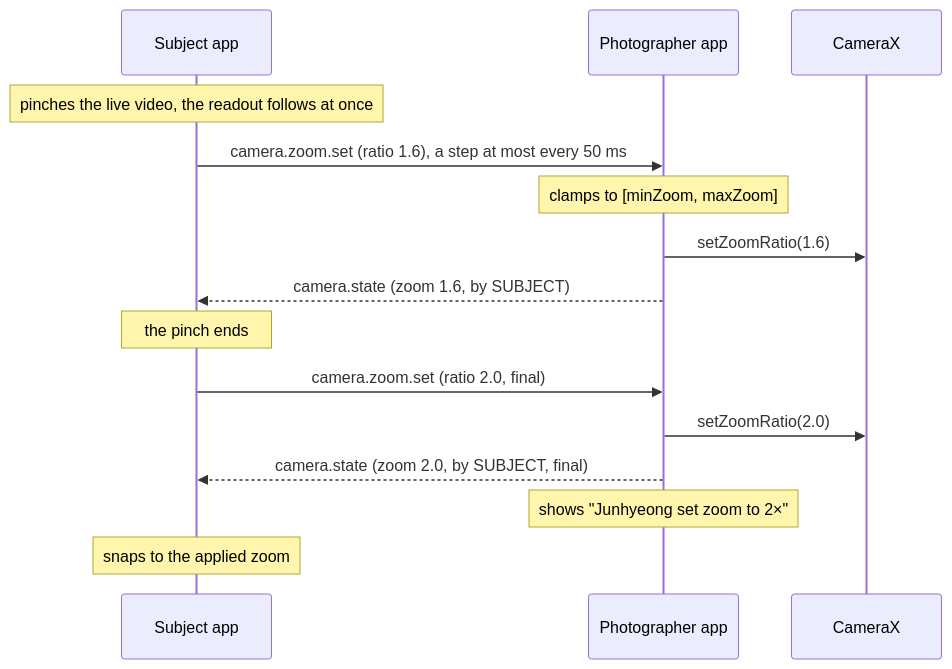
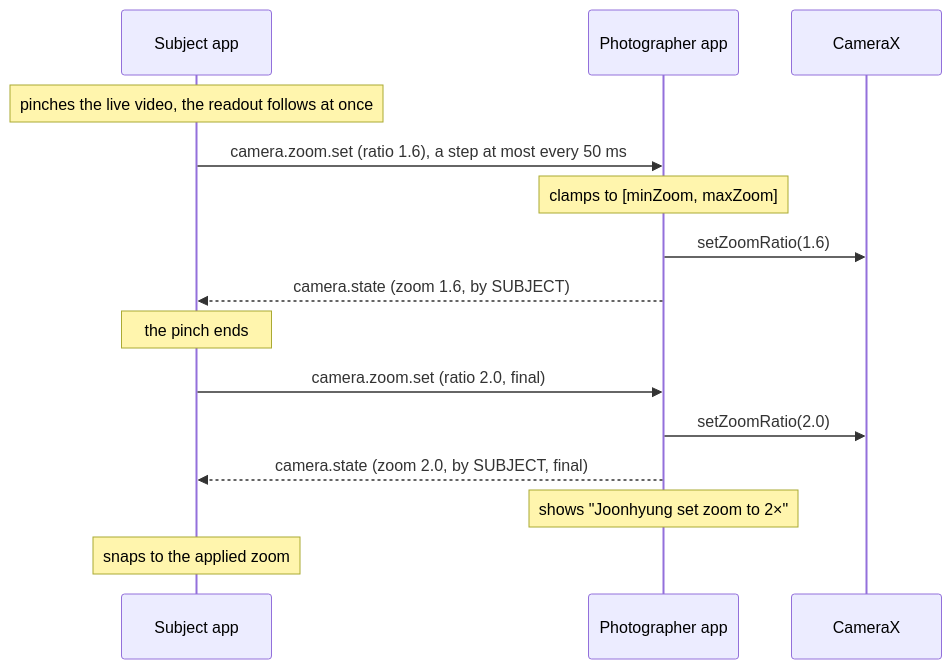
The second of 13 diagrams in wiki/Design-Documentation.md (snuhcs-course/swpp-2026-project-team-10), drawn with Mermaid before and after one commit. The commit also changed other lines of this file and 33 other files, not shown here.

Commit message:
fix: Junhyeong to Joonhyung

````diff
--- a/wiki/Design-Documentation.md
+++ b/wiki/Design-Documentation.md
@@ -193,17 +190,17 @@
 ```mermaid
 sequenceDiagram
   participant S as Subject app
   participant P as Photographer app
   participant C as CameraX
   Note over S: pinches the live video, the readout follows at once
   S->>P: camera.zoom.set (ratio 1.6), a step at most every 50 ms
   Note over P: clamps to [minZoom, maxZoom]
   P->>C: setZoomRatio(1.6)
   P-->>S: camera.state (zoom 1.6, by SUBJECT)
   Note over S: the pinch ends
   S->>P: camera.zoom.set (ratio 2.0, final)
   P->>C: setZoomRatio(2.0)
   P-->>S: camera.state (zoom 2.0, by SUBJECT, final)
-  Note over P: shows "Junhyeong set zoom to 2×"
+  Note over P: shows "Joonhyung set zoom to 2×"
   Note over S: snaps to the applied zoom
 ```
````
